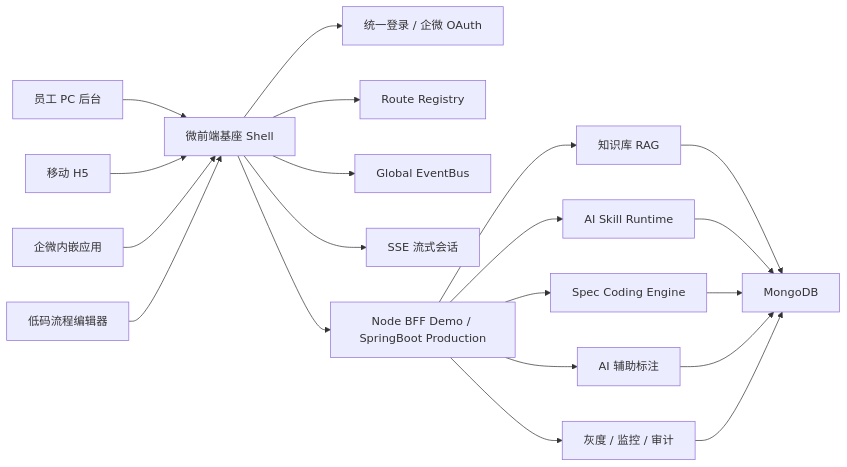
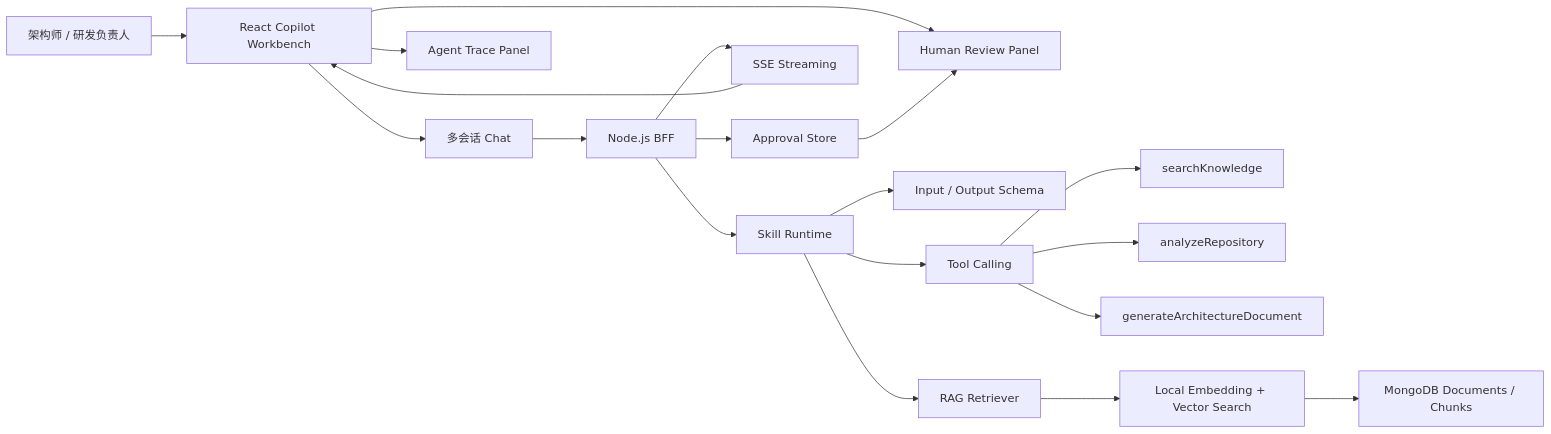
The diagram in README.md (superwolfman/aidemo), drawn with Mermaid before and after one commit. The commit also changed other lines of this file and 14 other files, not shown here.

Commit message:
feat: create ai architecture copilot mvp

````diff
--- a/README.md
+++ b/README.md
@@ -206,22 +168,21 @@
 ```mermaid
 flowchart LR
-  PC["员工 PC 后台"] --> Shell["微前端基座 Shell"]
-  H5["移动 H5"] --> Shell
-  WECOM["企微内嵌应用"] --> Shell
-  FLOW["低码流程编辑器"] --> Shell
-  Shell --> Auth["统一登录 / 企微 OAuth"]
-  Shell --> Router["Route Registry"]
-  Shell --> Bus["Global EventBus"]
-  Shell --> SSE["SSE 流式会话"]
-  Shell --> BFF["Node BFF Demo / SpringBoot Production"]
-  BFF --> RAG["知识库 RAG"]
-  BFF --> Skill["AI Skill Runtime"]
-  BFF --> Spec["Spec Coding Engine"]
-  BFF --> Label["AI 辅助标注"]
-  BFF --> Ops["灰度 / 监控 / 审计"]
-  RAG --> DB["MongoDB"]
-  Skill --> DB
-  Spec --> DB
-  Label --> DB
-  Ops --> DB
+  User["架构师 / 研发负责人"] --> UI["React Copilot Workbench"]
+  UI --> Chat["多会话 Chat"]
+  UI --> Trace["Agent Trace Panel"]
+  UI --> Review["Human Review Panel"]
+  Chat --> BFF["Node.js BFF"]
+  BFF --> Skill["Skill Runtime"]
+  Skill --> Schema["Input / Output Schema"]
+  Skill --> Tools["Tool Calling"]
+  Skill --> RAG["RAG Retriever"]
+  Tools --> Search["searchKnowledge"]
+  Tools --> Repo["analyzeRepository"]
+  Tools --> Doc["generateArchitectureDocument"]
+  RAG --> Vector["Local Embedding + Vector Search"]
+  Vector --> Mongo["MongoDB Documents / Chunks"]
+  BFF --> SSE["SSE Streaming"]
+  SSE --> UI
+  BFF --> Approval["Approval Store"]
+  Approval --> Review
 ```
````
